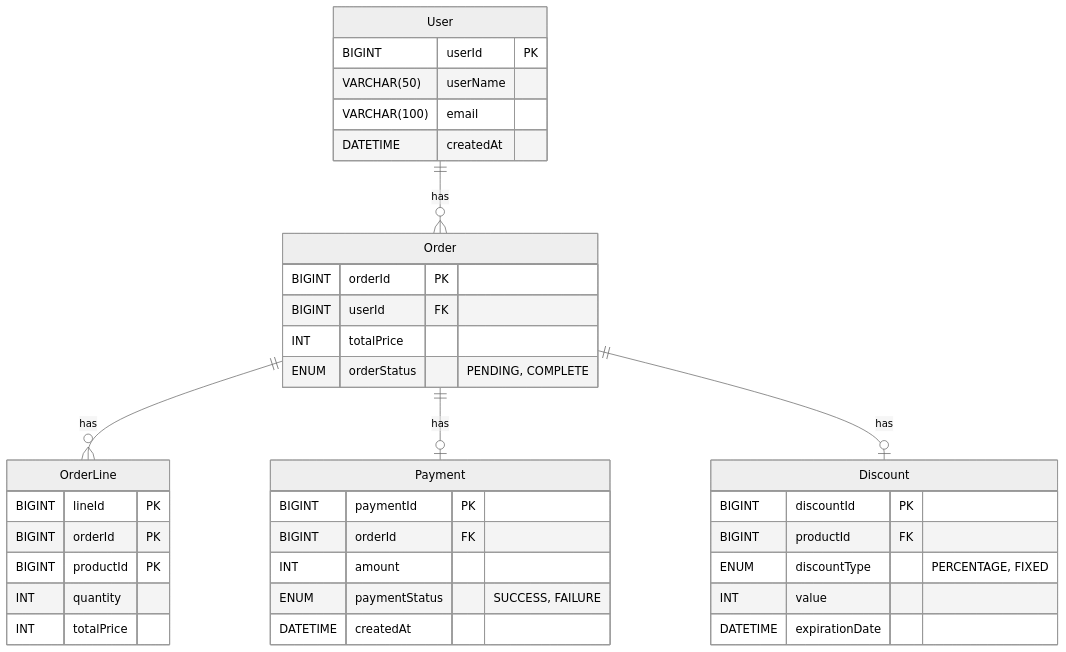
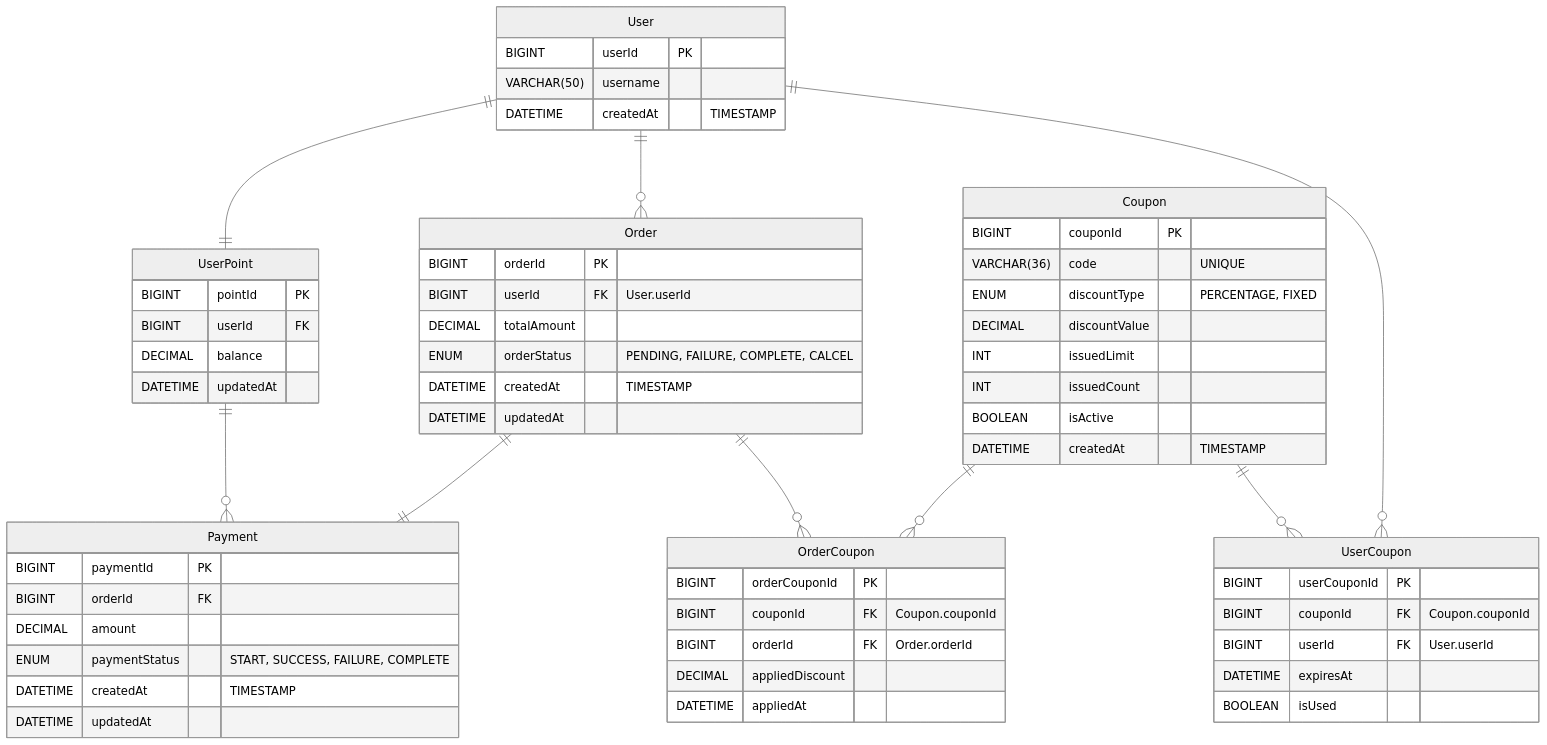
Before and after one commit to chapakook/kotlin-ecommerce: the second of 5 diagrams in docs/erd.md, drawn with Mermaid (neutral theme). The commit also changed other lines of this file, not shown here.

Commit message:
[DOC] erd.md 수정, Discount 삭제, Coupon 및 집계관련 테이블 추가 - closed #29

````diff
--- a/docs/erd.md
+++ b/docs/erd.md
@@ -140,43 +127,63 @@
 ```mermaid
 erDiagram
-    User ||--o{ Order : has
-    Order ||--o{ OrderLine : has
-    Order ||--o| Payment : has
-    Order ||--o| Discount : has
-    
+    User ||--|| UserPoint : ""
+    User ||--o{ Order : "" 
+    Coupon ||--o{ UserCoupon : ""
+    User ||--o{ UserCoupon : ""
+    UserPoint ||--o{ Payment : ""
+    Order ||--o{ OrderCoupon : ""
+    Coupon ||--o{ OrderCoupon : ""
+    Order ||--|| Payment : ""
+
     User{
         BIGINT userId PK
-        VARCHAR(50) userName
-        VARCHAR(100) email
-        DATETIME createdAt
+        VARCHAR(50) username
+        DATETIME createdAt "TIMESTAMP"
     }
-
+    UserPoint{
+        BIGINT pointId PK
+        BIGINT userId FK
+        DECIMAL balance
+        DATETIME updatedAt
+    }
+    Coupon{
+        BIGINT couponId PK
+        VARCHAR(36) code "UNIQUE"
+        ENUM discountType "PERCENTAGE, FIXED"
+        DECIMAL discountValue
+        INT issuedLimit
+        INT issuedCount
+        BOOLEAN isActive
+        DATETIME createdAt "TIMESTAMP"
+    }
+    UserCoupon{
+        BIGINT userCouponId PK
+        BIGINT couponId FK "Coupon.couponId"
+        BIGINT userId FK "User.userId"
+        DATETIME expiresAt
+        BOOLEAN isUsed
+    }
     Order{
         BIGINT orderId PK
-        BIGINT userId FK
-        INT totalPrice
-        ENUM orderStatus "PENDING, COMPLETE"
+        BIGINT userId FK "User.userId"
+        DECIMAL totalAmount
+        ENUM orderStatus "PENDING, FAILURE, COMPLETE, CALCEL"
+        DATETIME createdAt "TIMESTAMP"
+        DATETIME updatedAt  
     }
     Payment{
         BIGINT paymentId PK
         BIGINT orderId FK
-        INT amount
-        ENUM paymentStatus "SUCCESS, FAILURE"
-        DATETIME createdAt
+        DECIMAL amount
+        ENUM paymentStatus "START, SUCCESS, FAILURE, COMPLETE"
+        DATETIME createdAt "TIMESTAMP"
+        DATETIME updatedAt  
     }
-    Discount{
-        BIGINT discountId PK
-        BIGINT productId FK
-        ENUM discountType "PERCENTAGE, FIXED"
-        INT value 
-        DATETIME expirationDate
-    }
-    
-    OrderLine{
-        BIGINT lineId PK
-        BIGINT orderId PK
-        BIGINT productId PK
-        INT quantity
-        INT totalPrice
+    OrderCoupon{
+        BIGINT orderCouponId PK
+        BIGINT couponId FK "Coupon.couponId"
+        BIGINT orderId FK "Order.orderId"
+        DECIMAL appliedDiscount
+        DATETIME appliedAt
     }
 ```
````
